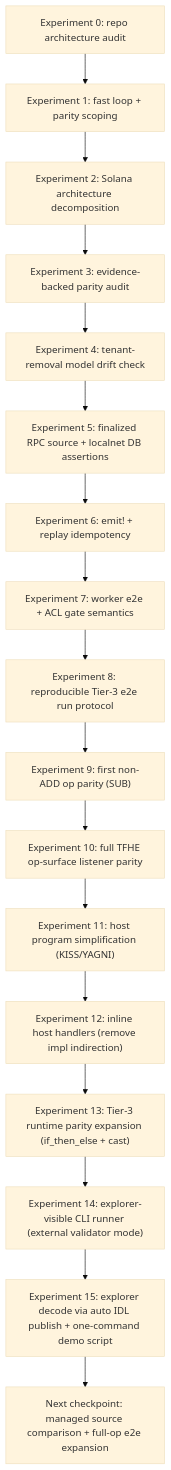
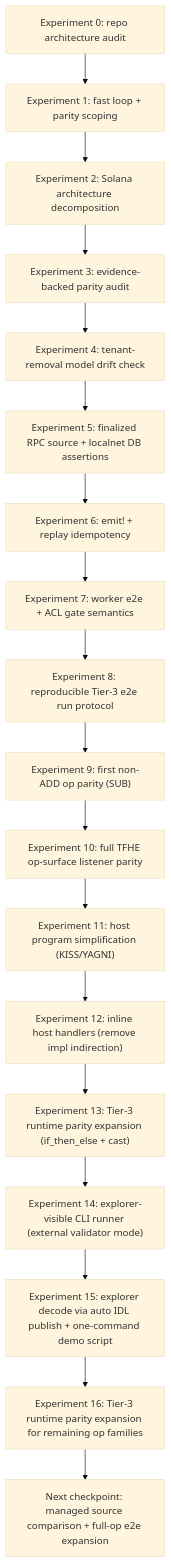
Before and after one commit to zama-ai/fhevm: the diagram in docs/protocol/explorations/solana-host-listener/LEARNING.md, drawn with Mermaid (base theme). The commit also changed other lines of this file and 4 other files, not shown here.

Commit message:
solana tier3: expand runtime parity cases and sync runbook

````diff
--- a/docs/protocol/explorations/solana-host-listener/LEARNING.md
+++ b/docs/protocol/explorations/solana-host-listener/LEARNING.md
@@ -16,19 +16,20 @@
 ```mermaid
 flowchart TD
   E0["Experiment 0: repo architecture audit"] --> E1["Experiment 1: fast loop + parity scoping"]
   E1 --> E2["Experiment 2: Solana architecture decomposition"]
   E2 --> E3["Experiment 3: evidence-backed parity audit"]
   E3 --> E4["Experiment 4: tenant-removal model drift check"]
   E4 --> E5["Experiment 5: finalized RPC source + localnet DB assertions"]
   E5 --> E6["Experiment 6: emit! + replay idempotency"]
   E6 --> E7["Experiment 7: worker e2e + ACL gate semantics"]
   E7 --> E8["Experiment 8: reproducible Tier-3 e2e run protocol"]
   E8 --> E9["Experiment 9: first non-ADD op parity (SUB)"]
   E9 --> E10["Experiment 10: full TFHE op-surface listener parity"]
   E10 --> E11["Experiment 11: host program simplification (KISS/YAGNI)"]
   E11 --> E12["Experiment 12: inline host handlers (remove impl indirection)"]
   E12 --> E13["Experiment 13: Tier-3 runtime parity expansion (if_then_else + cast)"]
   E13 --> E14["Experiment 14: explorer-visible CLI runner (external validator mode)"]
   E14 --> E15["Experiment 15: explorer decode via auto IDL publish + one-command demo script"]
-  E15 --> NX["Next checkpoint: managed source comparison + full-op e2e expansion"]
+  E15 --> E16["Experiment 16: Tier-3 runtime parity expansion for remaining op families"]
+  E16 --> NX["Next checkpoint: managed source comparison + full-op e2e expansion"]
 ```
````
